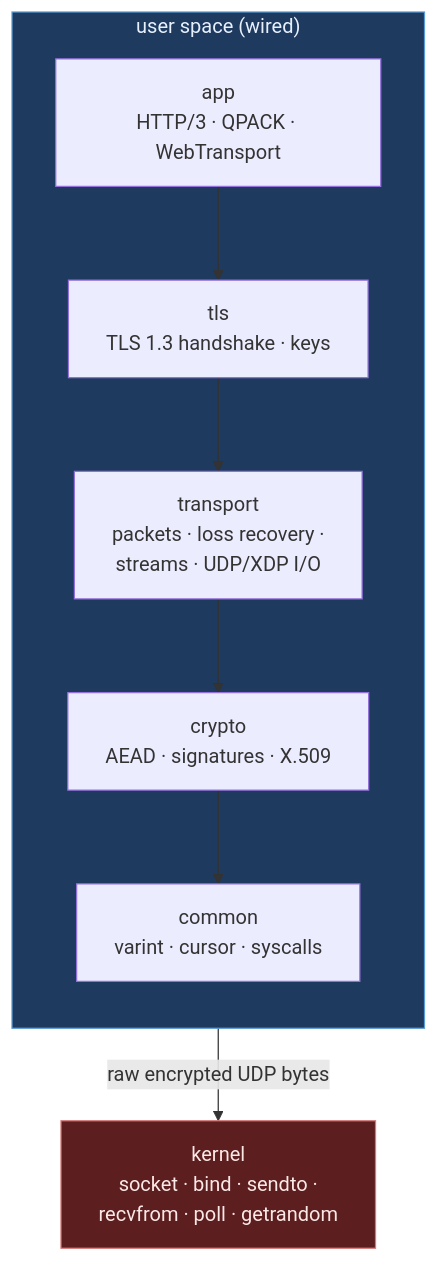
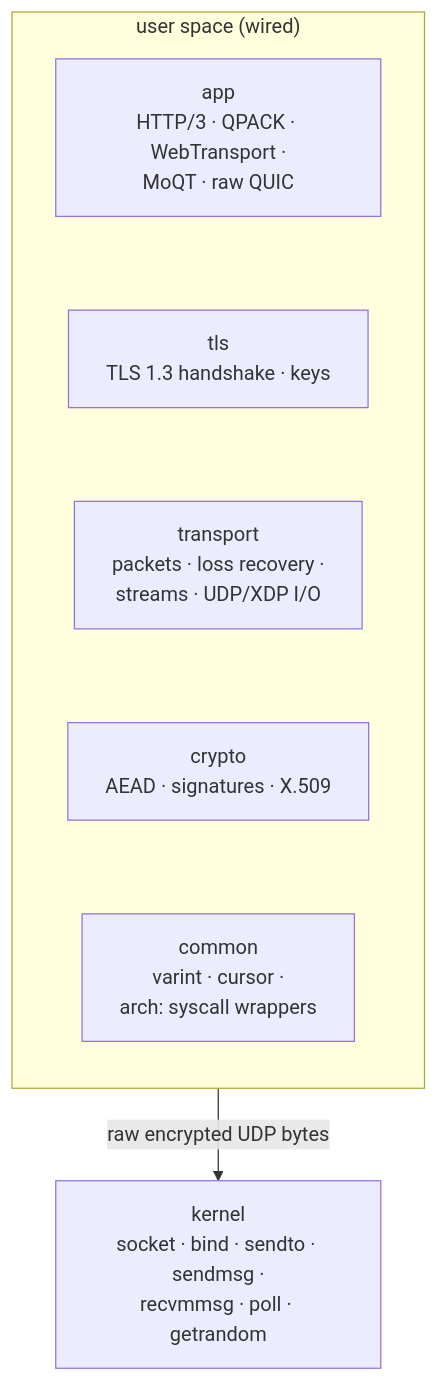
Before and after one commit to Hakkadaikon/wired: the first of 9 diagrams in docs/arch/overview.md, drawn with Mermaid. The commit also changed other lines of this file, not shown here.

First line of the commit message:
docs(arch): rebuild the overview around one request's path

````diff
--- a/docs/arch/overview.md
+++ b/docs/arch/overview.md
@@ -15,17 +28,14 @@
 ```mermaid
 graph TB
     subgraph us["user space (wired)"]
         direction TB
-        app["app<br/>HTTP/3 · QPACK · WebTransport"]
+        app["app<br/>HTTP/3 · QPACK · WebTransport ·<br/>MoQT · raw QUIC"]
         tls["tls<br/>TLS 1.3 handshake · keys"]
         transport["transport<br/>packets · loss recovery ·<br/>streams · UDP/XDP I/O"]
         crypto["crypto<br/>AEAD · signatures · X.509"]
-        common["common<br/>varint · cursor · syscalls"]
-        app --> tls --> transport --> crypto --> common
+        common["common<br/>varint · cursor ·<br/>arch: syscall wrappers"]
+        app ~~~ tls ~~~ transport ~~~ crypto ~~~ common
     end
-    kernel["kernel<br/>socket · bind · sendto ·<br/>recvfrom · poll · getrandom"]
+    kernel["kernel<br/>socket · bind · sendto · sendmsg ·<br/>recvmmsg · poll · getrandom"]
     us -- "raw encrypted UDP bytes" --> kernel
-
-    style us fill:#1e3a5f,stroke:#5b9bd5,color:#e8f0fe,stroke-width:1px
-    style kernel fill:#5c1e1e,stroke:#d57a7a,color:#fde8e8,stroke-width:1px
 ```
````
